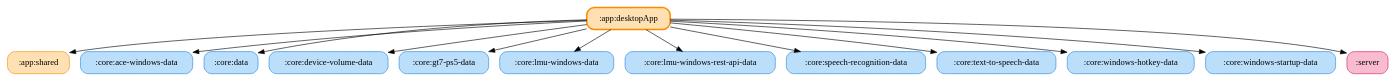
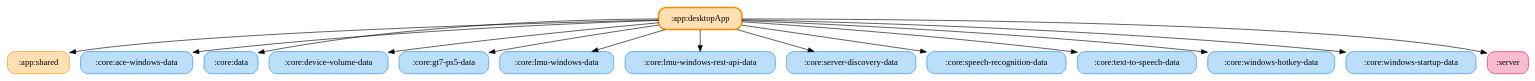
One commit to ai-kurou/KoDriver changed the diagram in docs/graphs/app-desktopApp.gv. Above: the diagram before and after it, drawn with Graphviz. The commit also changed 9 other files, not shown here.

Commit message:
chore: update module graph images

```diff
--- a/docs/graphs/app-desktopApp.gv
+++ b/docs/graphs/app-desktopApp.gv
@@ -1,29 +1,31 @@
 digraph G {
   rankdir=TB
   node [shape=box, style="rounded,filled"]
   ":app:desktopApp" [fillcolor="#FFE0B2", color="#FB8C00", penwidth=2.5]
   ":app:shared" [fillcolor="#FFE0B2", color="#FB8C00", penwidth=1]
   ":core:ace-windows-data" [fillcolor="#BBDEFB", color="#1E88E5", penwidth=1]
   ":core:data" [fillcolor="#BBDEFB", color="#1E88E5", penwidth=1]
   ":core:device-volume-data" [fillcolor="#BBDEFB", color="#1E88E5", penwidth=1]
   ":core:gt7-ps5-data" [fillcolor="#BBDEFB", color="#1E88E5", penwidth=1]
   ":core:lmu-windows-data" [fillcolor="#BBDEFB", color="#1E88E5", penwidth=1]
   ":core:lmu-windows-rest-api-data" [fillcolor="#BBDEFB", color="#1E88E5", penwidth=1]
+  ":core:server-discovery-data" [fillcolor="#BBDEFB", color="#1E88E5", penwidth=1]
   ":core:speech-recognition-data" [fillcolor="#BBDEFB", color="#1E88E5", penwidth=1]
   ":core:text-to-speech-data" [fillcolor="#BBDEFB", color="#1E88E5", penwidth=1]
   ":core:windows-hotkey-data" [fillcolor="#BBDEFB", color="#1E88E5", penwidth=1]
   ":core:windows-startup-data" [fillcolor="#BBDEFB", color="#1E88E5", penwidth=1]
   ":server" [fillcolor="#F8BBD0", color="#D81B60", penwidth=1]
   ":app:desktopApp" -> ":app:shared"
   ":app:desktopApp" -> ":core:data"
   ":app:desktopApp" -> ":core:lmu-windows-data"
   ":app:desktopApp" -> ":core:lmu-windows-rest-api-data"
   ":app:desktopApp" -> ":core:gt7-ps5-data"
   ":app:desktopApp" -> ":core:ace-windows-data"
   ":app:desktopApp" -> ":core:device-volume-data"
+  ":app:desktopApp" -> ":core:server-discovery-data"
   ":app:desktopApp" -> ":core:speech-recognition-data"
   ":app:desktopApp" -> ":core:text-to-speech-data"
   ":app:desktopApp" -> ":core:windows-startup-data"
   ":app:desktopApp" -> ":core:windows-hotkey-data"
   ":app:desktopApp" -> ":server"
 }
```
